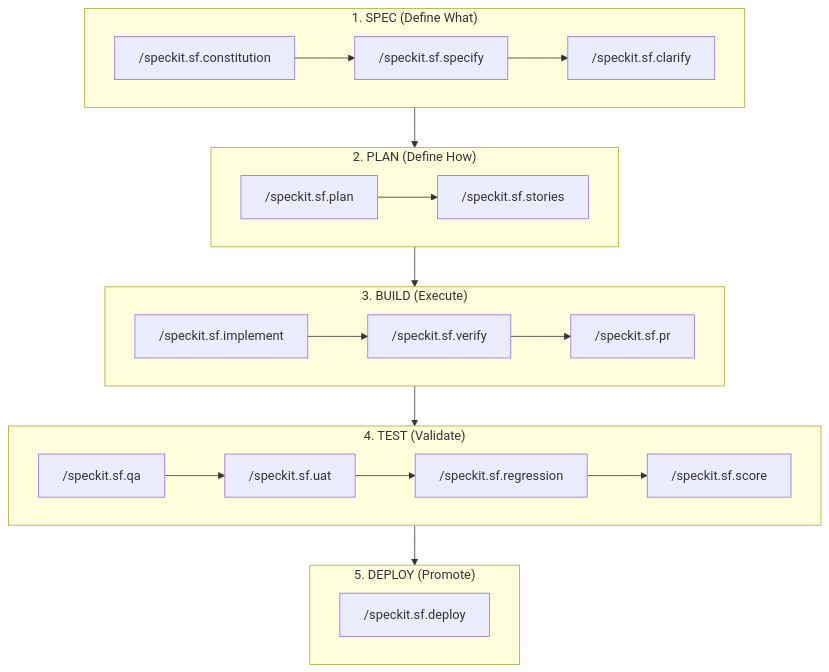
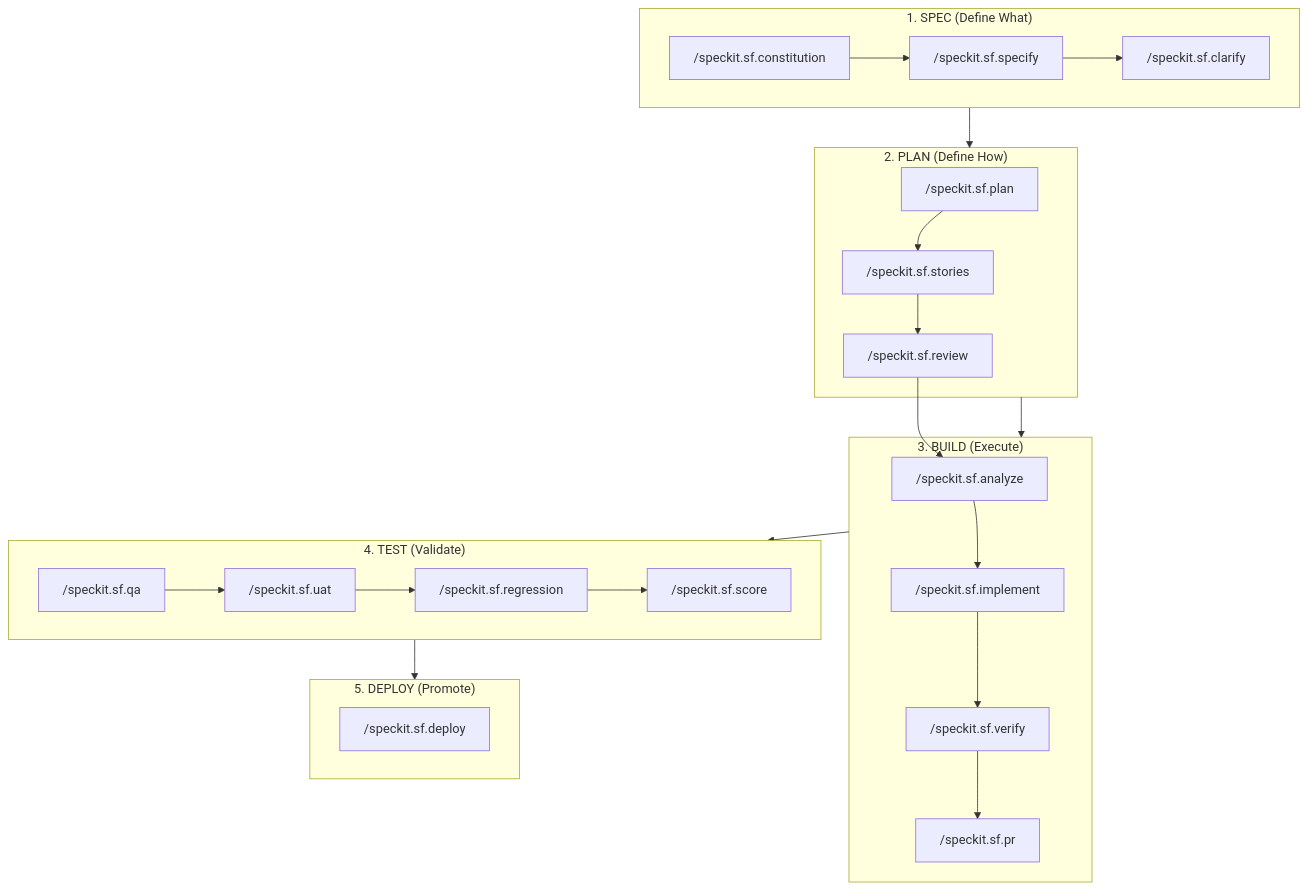
The diagram in README.md (ysumanth06/spec-kit-sf), drawn with Mermaid before and after one commit. The commit also changed other lines of this file and 33 other files, not shown here.

````diff
--- a/README.md
+++ b/README.md
@@ -38,23 +38,26 @@
 ```mermaid
 graph TD
     subgraph Spec ["1. SPEC (Define What)"]
         C["/speckit.sf.constitution"] --> S["/speckit.sf.specify"]
         S --> CL["/speckit.sf.clarify"]
     end
     subgraph Plan ["2. PLAN (Define How)"]
         P["/speckit.sf.plan"] --> ST["/speckit.sf.stories"]
+        ST --> RV
     end
     subgraph Build ["3. BUILD (Execute)"]
-        I["/speckit.sf.implement"] --> V["/speckit.sf.verify"]
+        RV["/speckit.sf.review"] --> AN["/speckit.sf.analyze"]
+        AN --> I["/speckit.sf.implement"]
+        I --> V["/speckit.sf.verify"]
         V --> PR["/speckit.sf.pr"]
     end
     subgraph Test ["4. TEST (Validate)"]
         QA["/speckit.sf.qa"] --> U["/speckit.sf.uat"]
         U --> R["/speckit.sf.regression"]
         R --> SC["/speckit.sf.score"]
     end
     subgraph Deploy ["5. DEPLOY (Promote)"]
         D["/speckit.sf.deploy"]
     end
     Spec --> Plan --> Build --> Test --> Deploy
 ```
````
